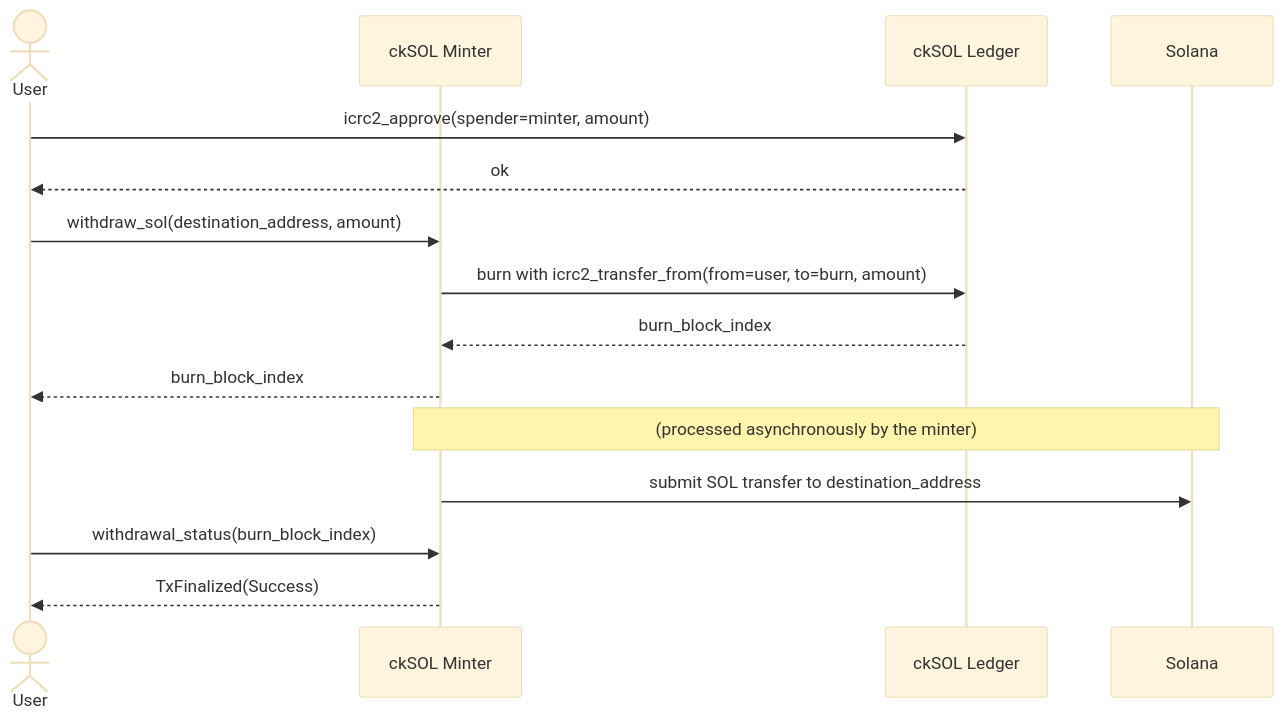
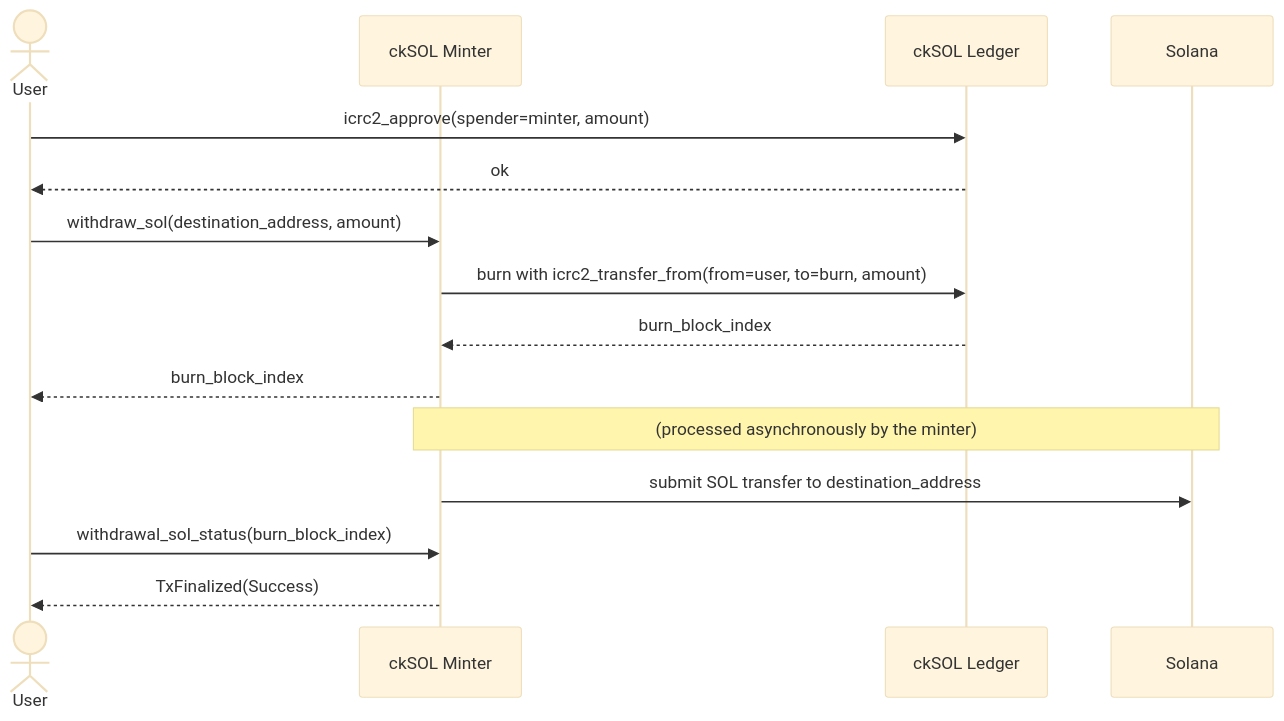
The second of 3 diagrams in README.md (dfinity/cksol), drawn with Mermaid (base theme) before and after one commit. The commit also changed other lines of this file and 8 other files, not shown here.

First line of the commit message:
refactor(minter)!: rename the status endpoints after the asset they report on

````diff
--- a/README.md
+++ b/README.md
@@ -92,21 +92,21 @@
 ```mermaid
 sequenceDiagram
     actor User
     participant Minter as ckSOL Minter
     participant Ledger as ckSOL Ledger
     participant Solana
 
     User->>Ledger: icrc2_approve(spender=minter, amount)
     Ledger-->>User: ok
 
     User->>Minter: withdraw_sol(destination_address, amount)
     Minter->>Ledger: burn with icrc2_transfer_from(from=user, to=burn, amount)
     Ledger-->>Minter: burn_block_index
     Minter-->>User: burn_block_index
 
     Note over Minter,Solana: (processed asynchronously by the minter)
     Minter->>Solana: submit SOL transfer to destination_address
 
-    User->>Minter: withdrawal_status(burn_block_index)
+    User->>Minter: withdrawal_sol_status(burn_block_index)
     Minter-->>User: TxFinalized(Success)
 ```
````
